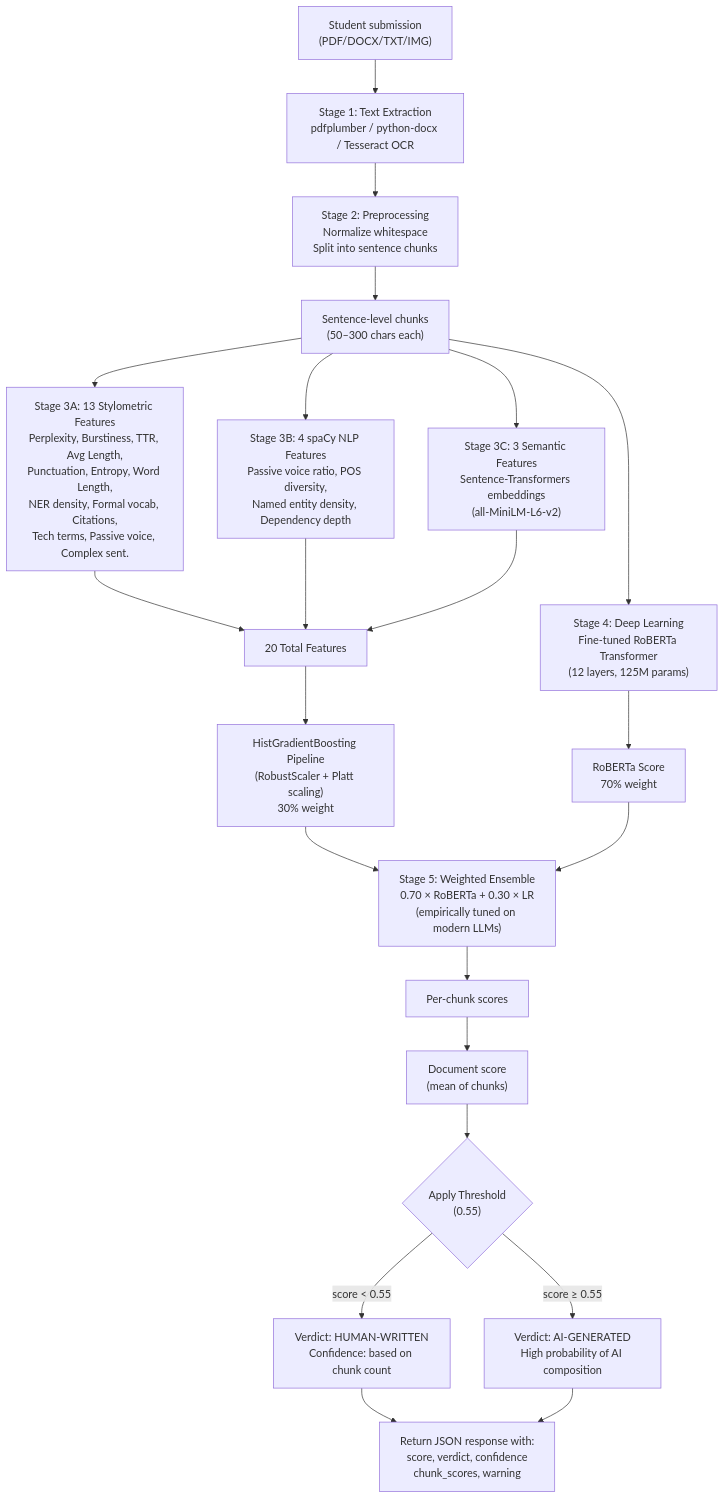
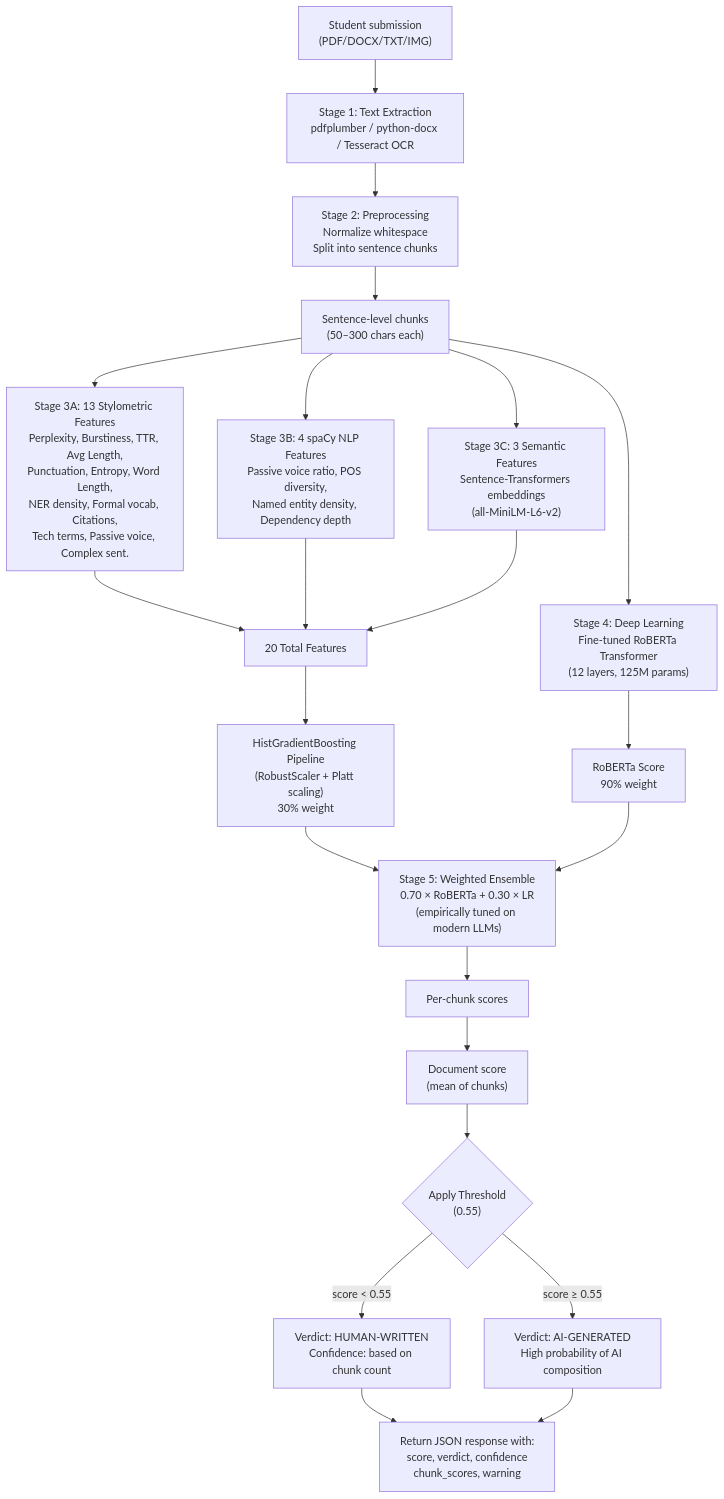
One commit to securitywithhem/vaultiq changed the fourth of 10 diagrams in README.md. Above: the diagram before and after it, drawn with Mermaid. The commit also changed other lines of this file and 21 other files, not shown here.

````diff
--- a/README.md
+++ b/README.md
@@ -434,31 +434,31 @@
 ```mermaid
 flowchart TD
     Input["Student submission<br/>(PDF/DOCX/TXT/IMG)"] --> Extract["Stage 1: Text Extraction<br/>pdfplumber / python-docx / Tesseract OCR"]
     Extract --> Preprocess["Stage 2: Preprocessing<br/>Normalize whitespace<br/>Split into sentence chunks"]
     Preprocess --> Split["Sentence-level chunks<br/>(50–300 chars each)"]
     
     Split --> StatFeatures["Stage 3A: 13 Stylometric Features<br/>Perplexity, Burstiness, TTR, Avg Length,<br/>Punctuation, Entropy, Word Length,<br/>NER density, Formal vocab, Citations,<br/>Tech terms, Passive voice, Complex sent."]
     Split --> SpacyFeatures["Stage 3B: 4 spaCy NLP Features<br/>Passive voice ratio, POS diversity,<br/>Named entity density, Dependency depth"]
     Split --> SemanticFeatures["Stage 3C: 3 Semantic Features<br/>Sentence-Transformers embeddings<br/>(all-MiniLM-L6-v2)"]
     Split --> RoBERTa["Stage 4: Deep Learning<br/>Fine-tuned RoBERTa Transformer<br/>(12 layers, 125M params)"]
     
     StatFeatures --> AllFeatures["20 Total Features"]
     SpacyFeatures --> AllFeatures
     SemanticFeatures --> AllFeatures
     
     AllFeatures --> LRScore["HistGradientBoosting Pipeline<br/>(RobustScaler + Platt scaling)<br/>30% weight"]
-    RoBERTa --> RoBERTaScore["RoBERTa Score<br/>70% weight"]
+    RoBERTa --> RoBERTaScore["RoBERTa Score<br/>90% weight"]
     
     LRScore --> Ensemble["Stage 5: Weighted Ensemble<br/>0.70 × RoBERTa + 0.30 × LR<br/>(empirically tuned on modern LLMs)"]
     RoBERTaScore --> Ensemble
     
     Ensemble --> ChunkScores["Per-chunk scores"]
     ChunkScores --> DocScore["Document score<br/>(mean of chunks)"]
     DocScore --> Verdict{"Apply Threshold<br/>(0.55)"}
     
     Verdict -->|"score < 0.55"| Human["Verdict: HUMAN-WRITTEN<br/>Confidence: based on chunk count"]
     Verdict -->|"score ≥ 0.55"| AIGen["Verdict: AI-GENERATED<br/>High probability of AI composition"]
     
     Human --> Response["Return JSON response with:<br/>score, verdict, confidence<br/>chunk_scores, warning"]
     AIGen --> Response
 ```
````
